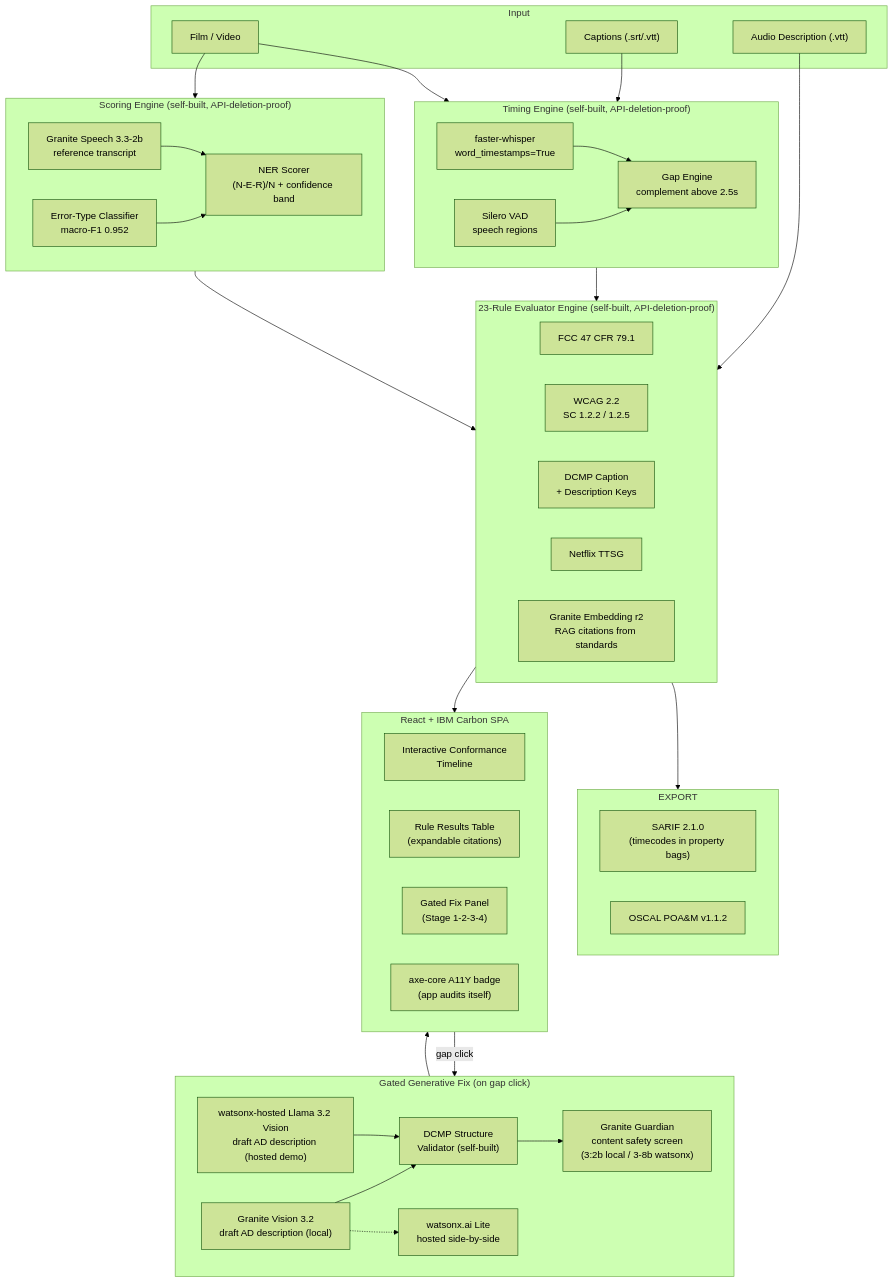
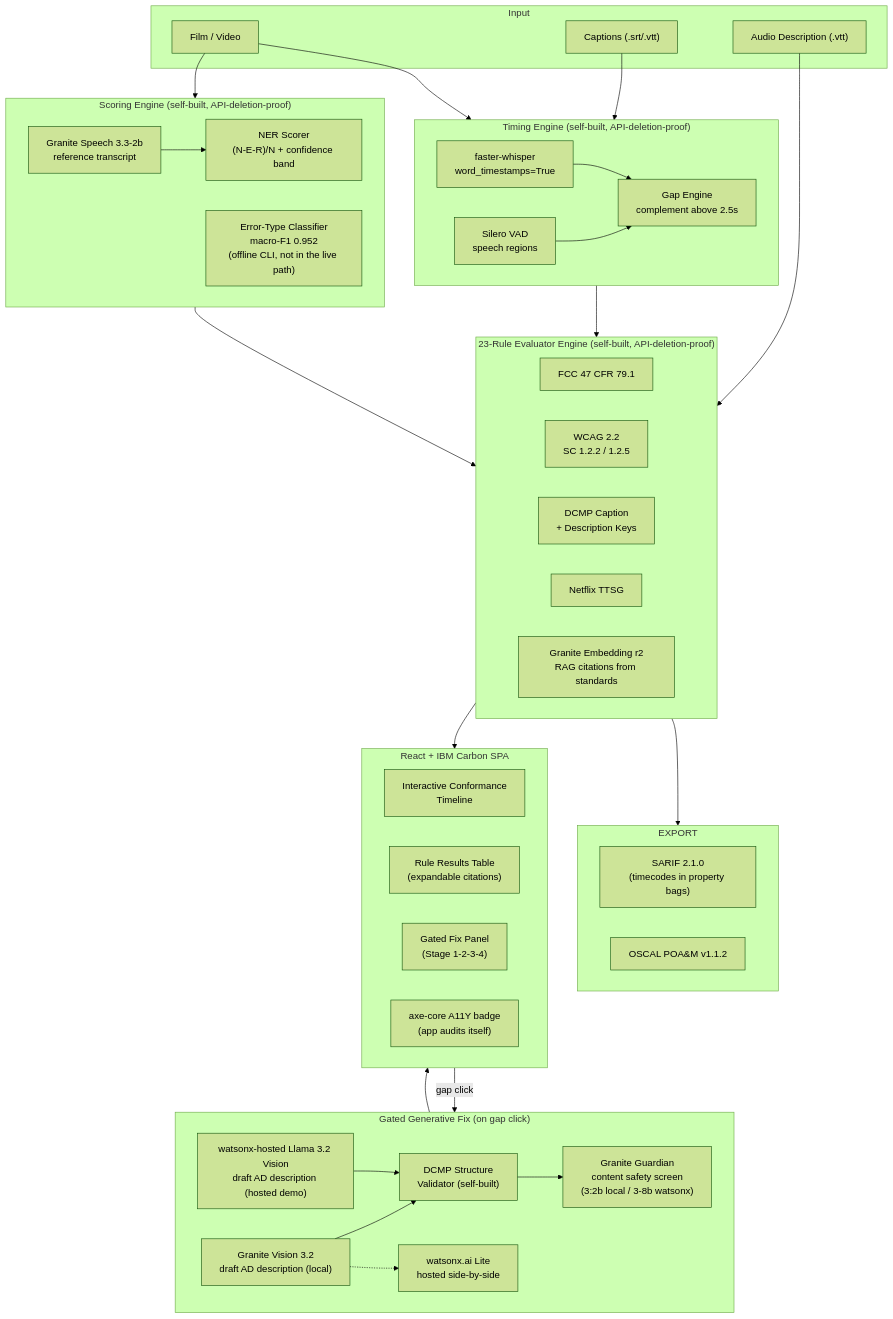
The diagram in README.md (StephenSook/accessgate), drawn with Mermaid (forest theme) before and after one commit. The commit also changed other lines of this file and 2 other files, not shown here.

First paragraph of the commit message:
fix(readme): the error-type classifier is offline, and the diagram said otherwise
BATCH 35 self-audit, and the new test caught a real one in our own repo on
submission night.

````diff
--- a/README.md
+++ b/README.md
@@ -100,70 +100,69 @@
 ```mermaid
 flowchart TB
     subgraph Input
         F["Film / Video"]
         CAP["Captions (.srt/.vtt)"]
         AD["Audio Description (.vtt)"]
     end
 
     subgraph TIMING["Timing Engine (self-built, API-deletion-proof)"]
         direction LR
         FW["faster-whisper\nword_timestamps=True"]
         VAD["Silero VAD\nspeech regions"]
         GAP["Gap Engine\ncomplement above 2.5s"]
         FW --> GAP
         VAD --> GAP
     end
 
     subgraph SCORE["Scoring Engine (self-built, API-deletion-proof)"]
         direction LR
         GS["Granite Speech 3.3-2b\nreference transcript"]
         NER["NER Scorer\n(N-E-R)/N + confidence band"]
-        CLS["Error-Type Classifier\nmacro-F1 0.952"]
+        CLS["Error-Type Classifier\nmacro-F1 0.952\n(offline CLI, not in the live path)"]
         GS --> NER
-        CLS --> NER
     end
 
     subgraph RULES["23-Rule Evaluator Engine (self-built, API-deletion-proof)"]
         direction LR
         FCC["FCC 47 CFR 79.1"]
         WCAG["WCAG 2.2\nSC 1.2.2 / 1.2.5"]
         DCMP["DCMP Caption\n+ Description Keys"]
         NFLX["Netflix TTSG"]
         RAG["Granite Embedding r2\nRAG citations from standards"]
     end
 
     subgraph EXPORT
         SARIF["SARIF 2.1.0\n(timecodes in property bags)"]
         OSCAL["OSCAL POA&M v1.1.2"]
     end
 
     subgraph GENFIX["Gated Generative Fix (on gap click)"]
         direction LR
         GV["Granite Vision 3.2\ndraft AD description (local)"]
         WXV["watsonx-hosted Llama 3.2 Vision\ndraft AD description (hosted demo)"]
         DCMPV["DCMP Structure\nValidator (self-built)"]
         GG["Granite Guardian\ncontent safety screen\n(3:2b local / 3-8b watsonx)"]
         WX["watsonx.ai Lite\nhosted side-by-side"]
         GV --> DCMPV --> GG
         WXV --> DCMPV
         GV -.-> WX
     end
 
     subgraph UI["React + IBM Carbon SPA"]
         TL["Interactive Conformance\nTimeline"]
         TBL["Rule Results Table\n(expandable citations)"]
         PANEL["Gated Fix Panel\n(Stage 1-2-3-4)"]
         AXE["axe-core A11Y badge\n(app audits itself)"]
     end
 
     F --> TIMING
     CAP --> TIMING
     F --> SCORE
     TIMING --> RULES
     SCORE --> RULES
     AD --> RULES
     RULES --> EXPORT
     RULES --> UI
     UI -->|gap click| GENFIX
     GENFIX --> UI
 ```
````
